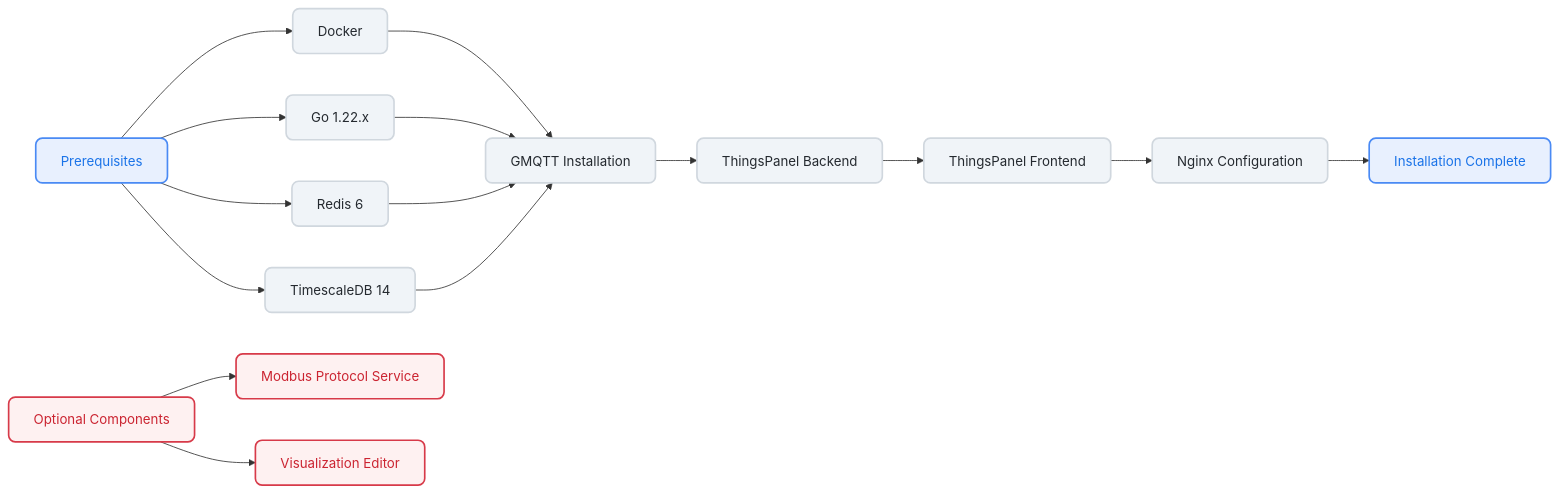
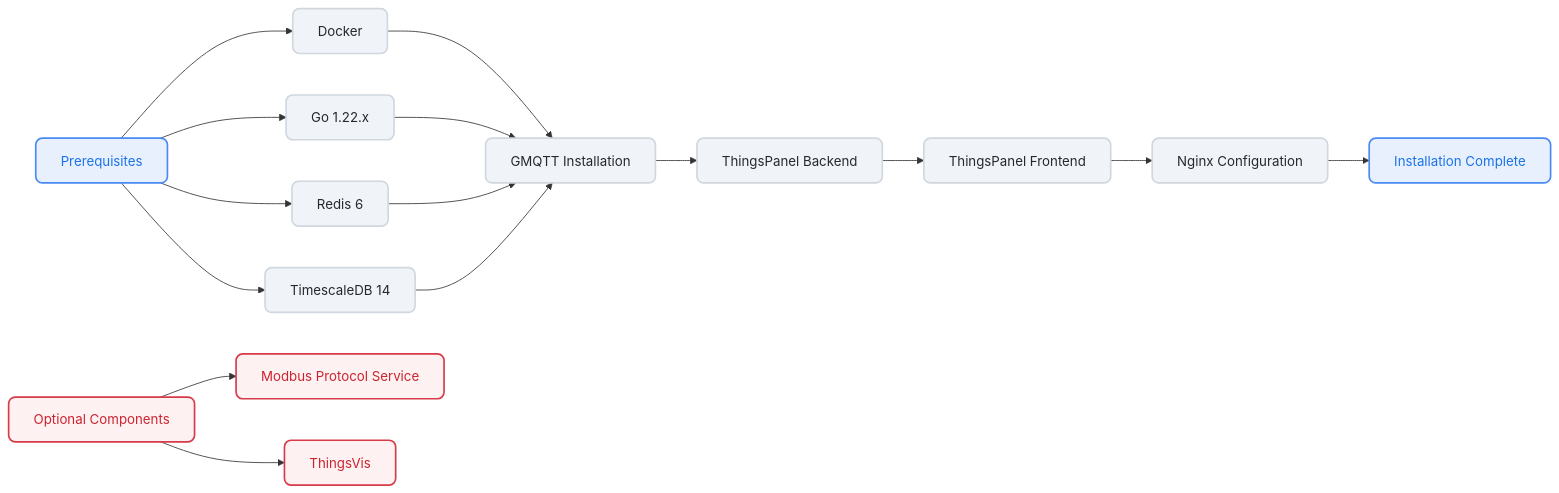
Before and after one commit to ThingsPanel/thingspanel.github.io: the diagram in docs/installation/source-code-installation.md, drawn with Mermaid. The commit also changed other lines of this file and 3 other files, not shown here.

Commit message:
Update installation documentation for ThingsVis, adding details on Docker Compose and source installation options. Include port information for ThingsVis API and Studio, and clarify Nginx configuration for reverse proxy setup.

````diff
--- a/docs/installation/source-code-installation.md
+++ b/docs/installation/source-code-installation.md
@@ -8,29 +8,29 @@
 ```mermaid
 flowchart LR
     classDef default fill:#f0f4f8,stroke:#d0d7de,stroke-width:2px,color:#24292f,rx:8,ry:8
     classDef primary fill:#e8f0fe,stroke:#4a8af4,stroke-width:2px,color:#1a73e8,rx:8,ry:8
     classDef optional fill:#fef1f1,stroke:#d73a49,stroke-width:2px,color:#cb2431,rx:8,ry:8
 
     A[Prerequisites] --> B[Docker]
     A --> C[Go 1.22.x]
     A --> D[Redis 6]
     A --> E[TimescaleDB 14]
     
     B & C & D & E --> F[GMQTT Installation]
     F --> G[ThingsPanel Backend]
     G --> H[ThingsPanel Frontend]
     
     H --> I[Nginx Configuration]
     I --> J[Installation Complete]
     
     K[Optional Components ]
     K --> L[Modbus Protocol Service]
-    K --> N[Visualization Editor]
+    K --> N[ThingsVis]
     
     style A fill:#e8f0fe,stroke:#4a8af4,color:#1a73e8
     style J fill:#e8f0fe,stroke:#4a8af4,color:#1a73e8
     style K fill:#fef1f1,stroke:#d73a49,color:#cb2431
     style L fill:#fef1f1,stroke:#d73a49,color:#cb2431
     style N fill:#fef1f1,stroke:#d73a49,color:#cb2431
 
 ```
````
